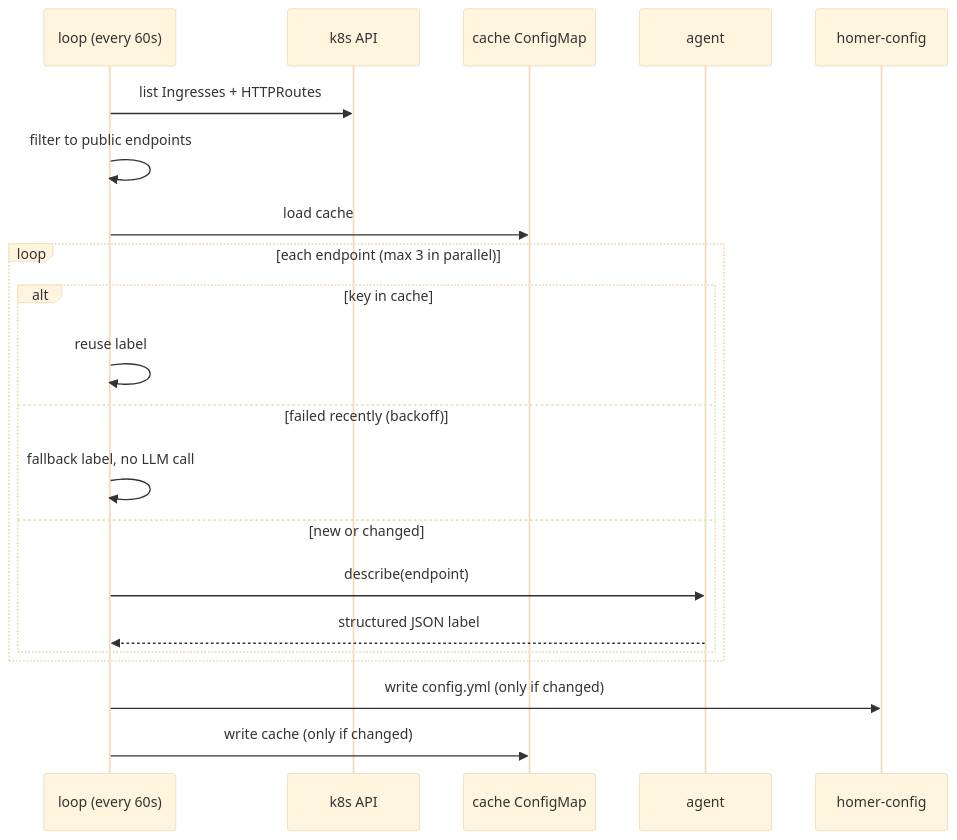
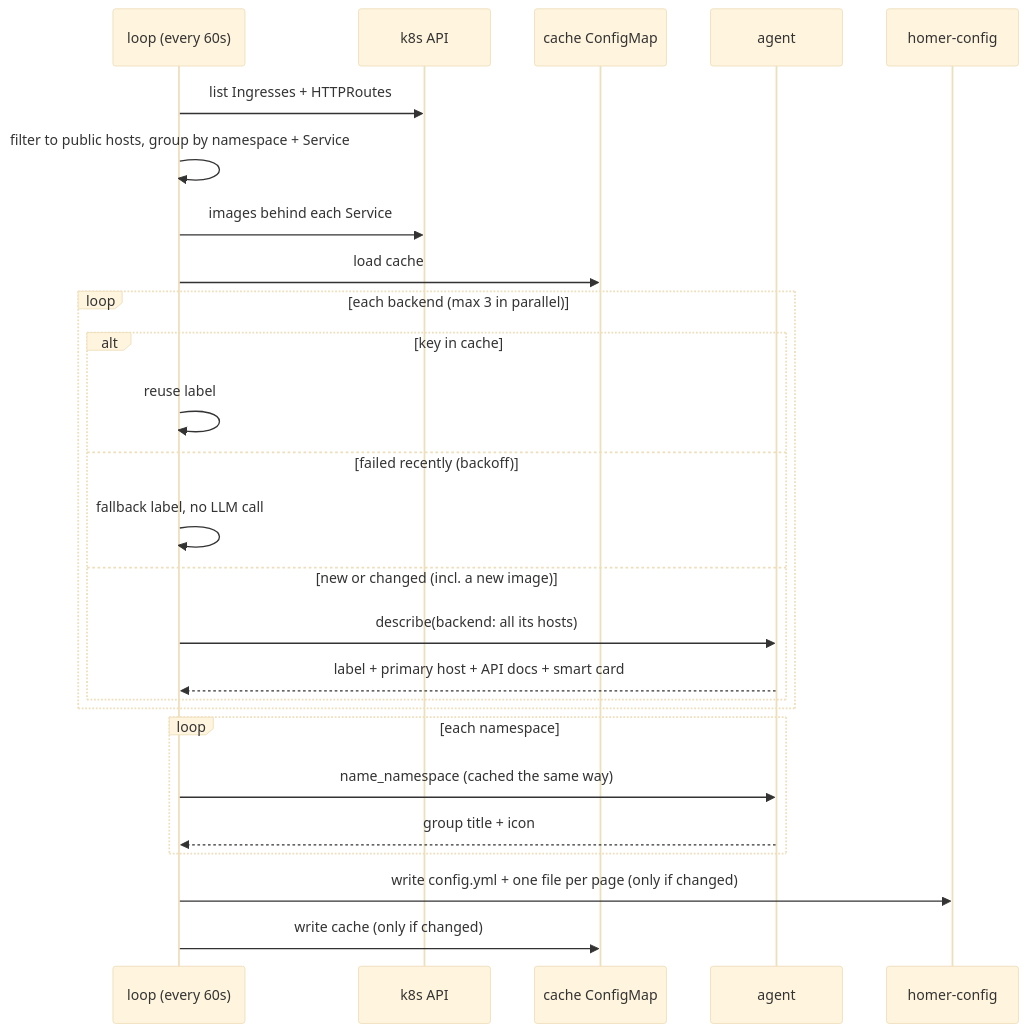
Before and after one commit to barakplasma/rhapsode: the second of 4 diagrams in docs/design.md, drawn with Mermaid (base theme). The commit also changed other lines of this file and 7 other files, not shown here.

First line of the commit message:
Group by namespace, merge hosts per Service, find API docs, Homer pages

````diff
--- a/docs/design.md
+++ b/docs/design.md
@@ -51,23 +51,28 @@
 ```mermaid
 sequenceDiagram
   participant L as loop (every 60s)
   participant K as k8s API
   participant C as cache ConfigMap
   participant A as agent
   participant H as homer-config
   L->>K: list Ingresses + HTTPRoutes
-  L->>L: filter to public endpoints
+  L->>L: filter to public hosts, group by namespace + Service
+  L->>K: images behind each Service
   L->>C: load cache
-  loop each endpoint (max 3 in parallel)
+  loop each backend (max 3 in parallel)
     alt key in cache
       L->>L: reuse label
     else failed recently (backoff)
       L->>L: fallback label, no LLM call
-    else new or changed
-      L->>A: describe(endpoint)
-      A-->>L: structured JSON label
+    else new or changed (incl. a new image)
+      L->>A: describe(backend: all its hosts)
+      A-->>L: label + primary host + API docs + smart card
     end
   end
-  L->>H: write config.yml (only if changed)
+  loop each namespace
+    L->>A: name_namespace (cached the same way)
+    A-->>L: group title + icon
+  end
+  L->>H: write config.yml + one file per page (only if changed)
   L->>C: write cache (only if changed)
 ```
````
